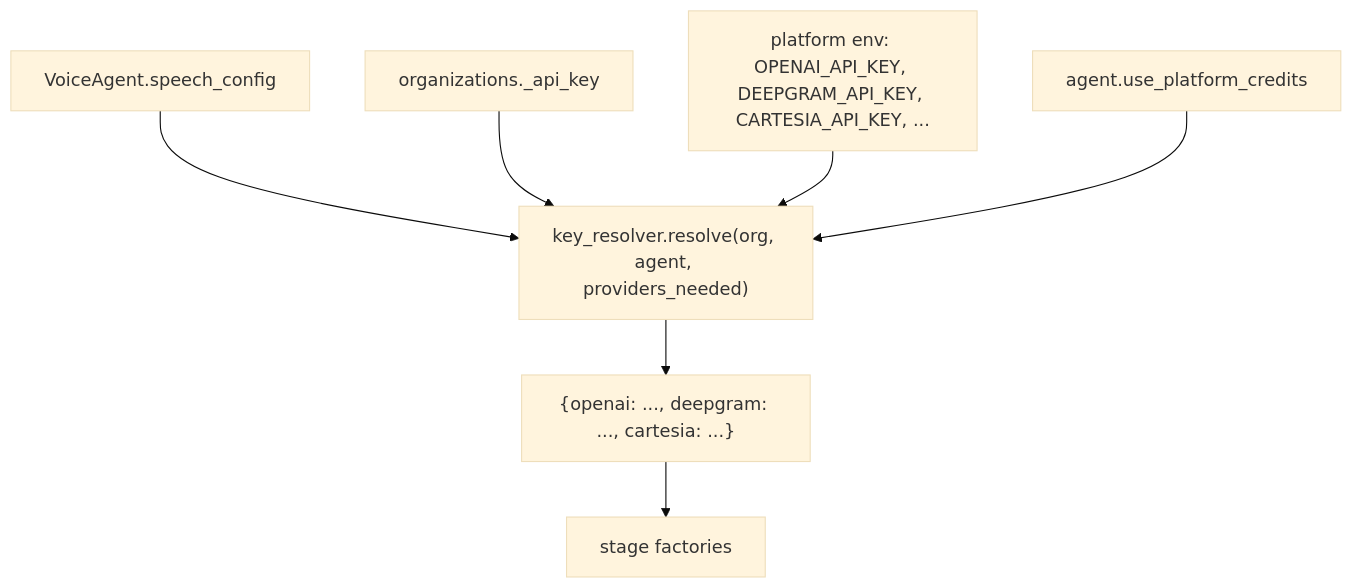
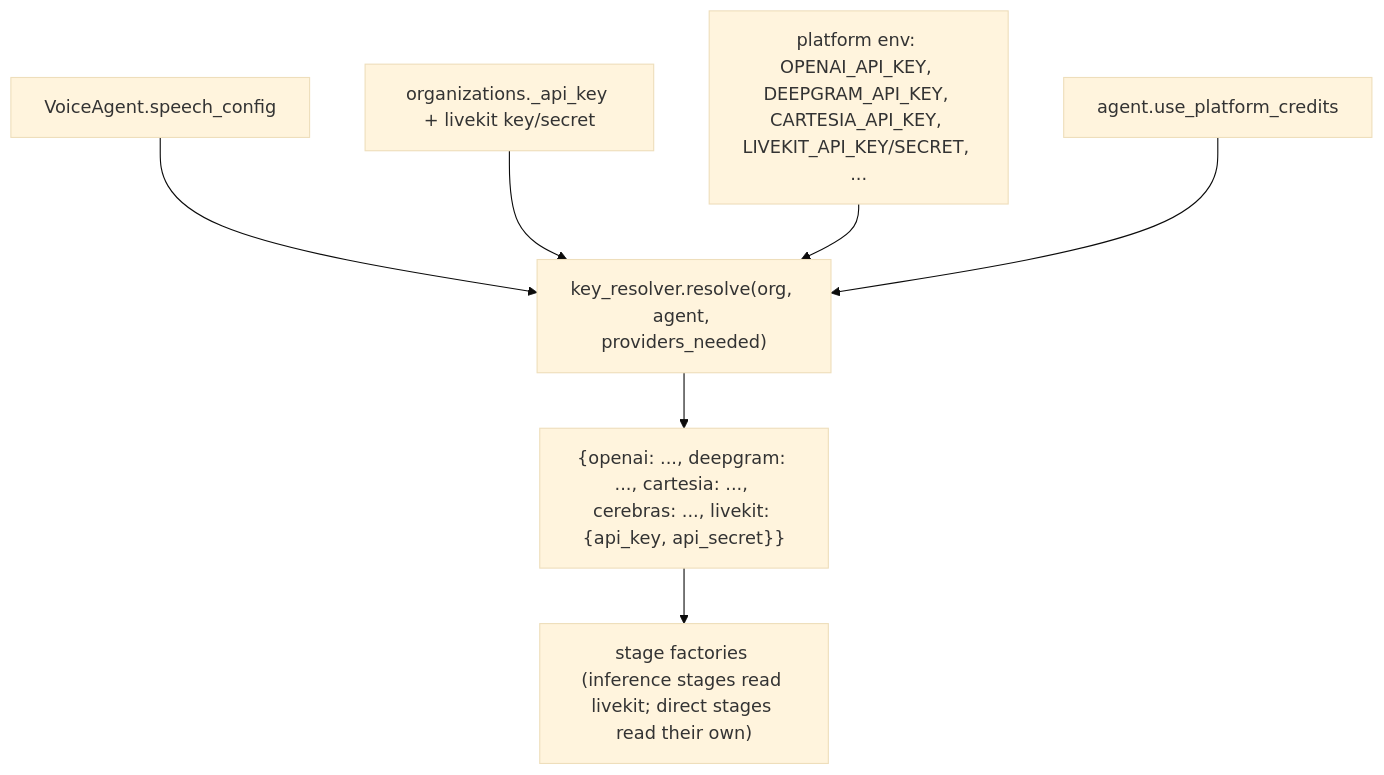
Before and after one commit to gauravdhiman/a1-voice-agent-platform: the sixth of 9 diagrams in docs/01_architecture/voice_engine_pipeline_design.md, drawn with Mermaid (base theme). The commit also changed other lines of this file and 30 other files, not shown here.

````diff
--- a/docs/01_architecture/voice_engine_pipeline_design.md
+++ b/docs/01_architecture/voice_engine_pipeline_design.md
@@ -207,9 +235,9 @@
 ```mermaid
 flowchart TD
     Agent["VoiceAgent.speech_config"] --> Resolver["key_resolver.resolve(org, agent, providers_needed)"]
-    Org["organizations.<provider>_api_key"] --> Resolver
-    Plat["platform env: OPENAI_API_KEY, DEEPGRAM_API_KEY, CARTESIA_API_KEY, ..."] --> Resolver
+    Org["organizations.<provider>_api_key + livekit key/secret"] --> Resolver
+    Plat["platform env: OPENAI_API_KEY, DEEPGRAM_API_KEY, CARTESIA_API_KEY, LIVEKIT_API_KEY/SECRET, ..."] --> Resolver
     Credits["agent.use_platform_credits"] --> Resolver
-    Resolver --> Map["{openai: ..., deepgram: ..., cartesia: ...}"]
-    Map --> Factories["stage factories"]
+    Resolver --> Map["{openai: ..., deepgram: ..., cartesia: ..., cerebras: ..., livekit: {api_key, api_secret}}"]
+    Map --> Factories["stage factories (inference stages read livekit; direct stages read their own)"]
 ```
````
